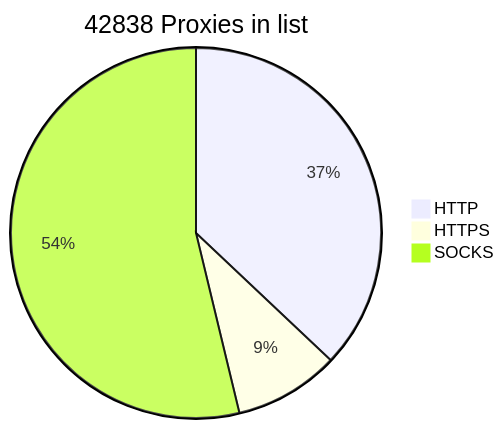
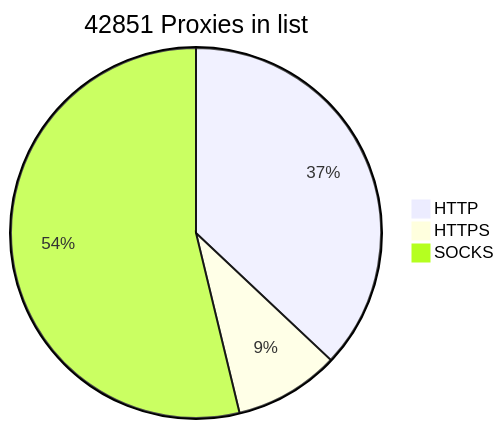
The diagram in README.md (BlackSnowDot/proxylist-update-every-minute), drawn with Mermaid before and after one commit.

````diff
--- a/README.md
+++ b/README.md
@@ -2,6 +2,6 @@
 ```mermaid
-pie title 42838 Proxies in list
+pie title 42851 Proxies in list
     "HTTP" : 17258
     "HTTPS": 4284
-    "SOCKS" : 25052
+    "SOCKS" : 25065
 ```
````
